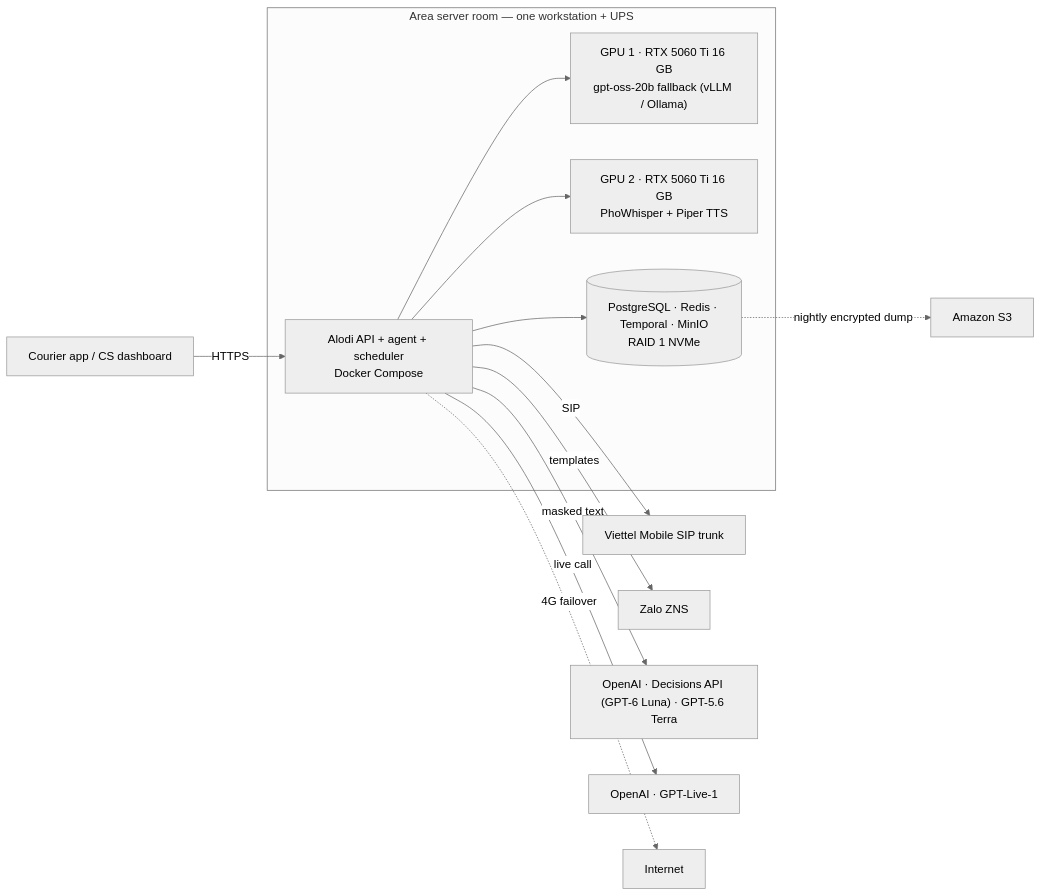
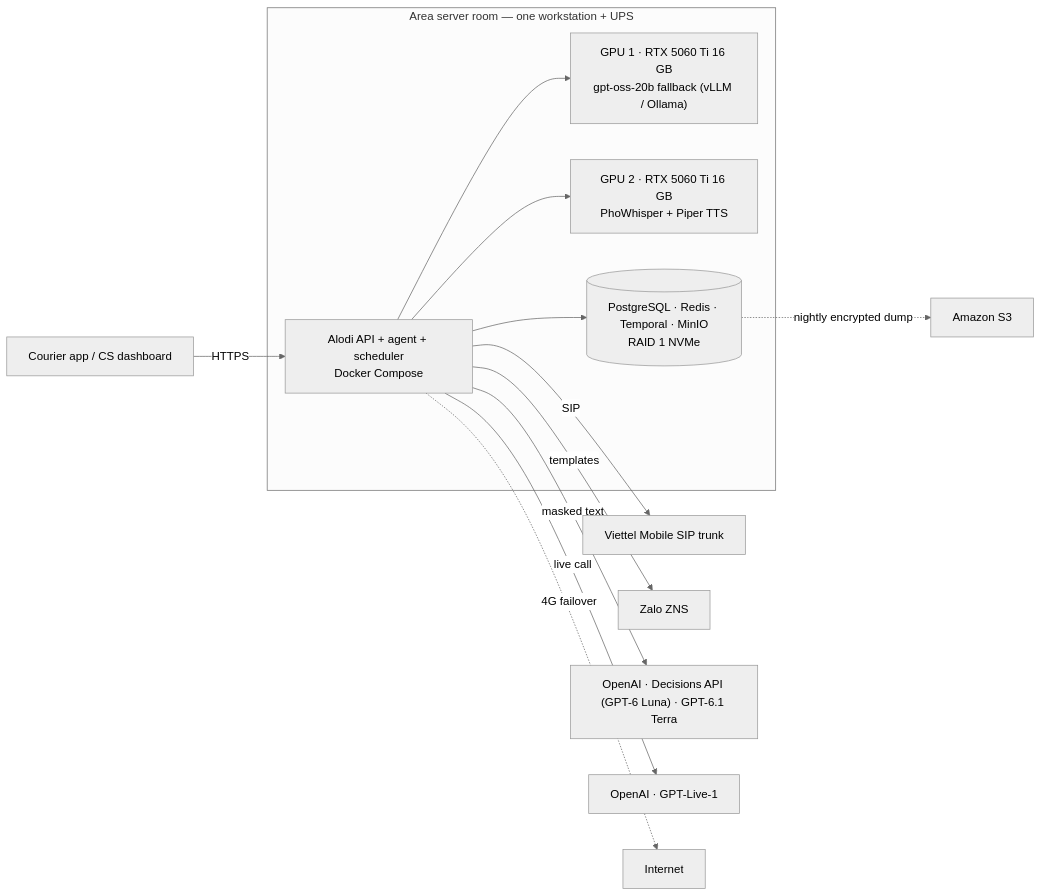
Diagram 16 of 18 in prep/02-technical/PRD.md (BennedictQuanTon/Alodi-Regional-Codex-Hackathon-2026), drawn with Mermaid (neutral theme) before and after one commit. The commit also changed other lines of this file and 46 other files, not shown here.

````diff
--- a/prep/02-technical/PRD.md
+++ b/prep/02-technical/PRD.md
@@ -1903,19 +1903,19 @@
 ```mermaid
 flowchart LR
   subgraph Hub["Area server room — one workstation + UPS"]
     APP["Alodi API + agent + scheduler<br/>Docker Compose"]
     G1["GPU 1 · RTX 5060 Ti 16 GB<br/>gpt-oss-20b fallback (vLLM / Ollama)"]
     G2["GPU 2 · RTX 5060 Ti 16 GB<br/>PhoWhisper + Piper TTS"]
     DB[("PostgreSQL · Redis · Temporal · MinIO<br/>RAID 1 NVMe")]
   end
   CA["Courier app / CS dashboard"] -->|HTTPS| APP
   APP --> G1
   APP --> G2
   APP --> DB
   APP -->|"SIP"| SIP["Viettel Mobile SIP trunk"]
   APP -->|"templates"| ZNS["Zalo ZNS"]
-  APP -->|"masked text"| OAI["OpenAI · Decisions API (GPT-6 Luna) · GPT-5.6 Terra"]
+  APP -->|"masked text"| OAI["OpenAI · Decisions API (GPT-6 Luna) · GPT-6.1 Terra"]
   APP -->|"live call"| LIVE["OpenAI · GPT-Live-1"]
   DB -. "nightly encrypted dump" .-> S3["Amazon S3"]
   APP -. "4G failover" .-> NET["Internet"]
 ```
````
